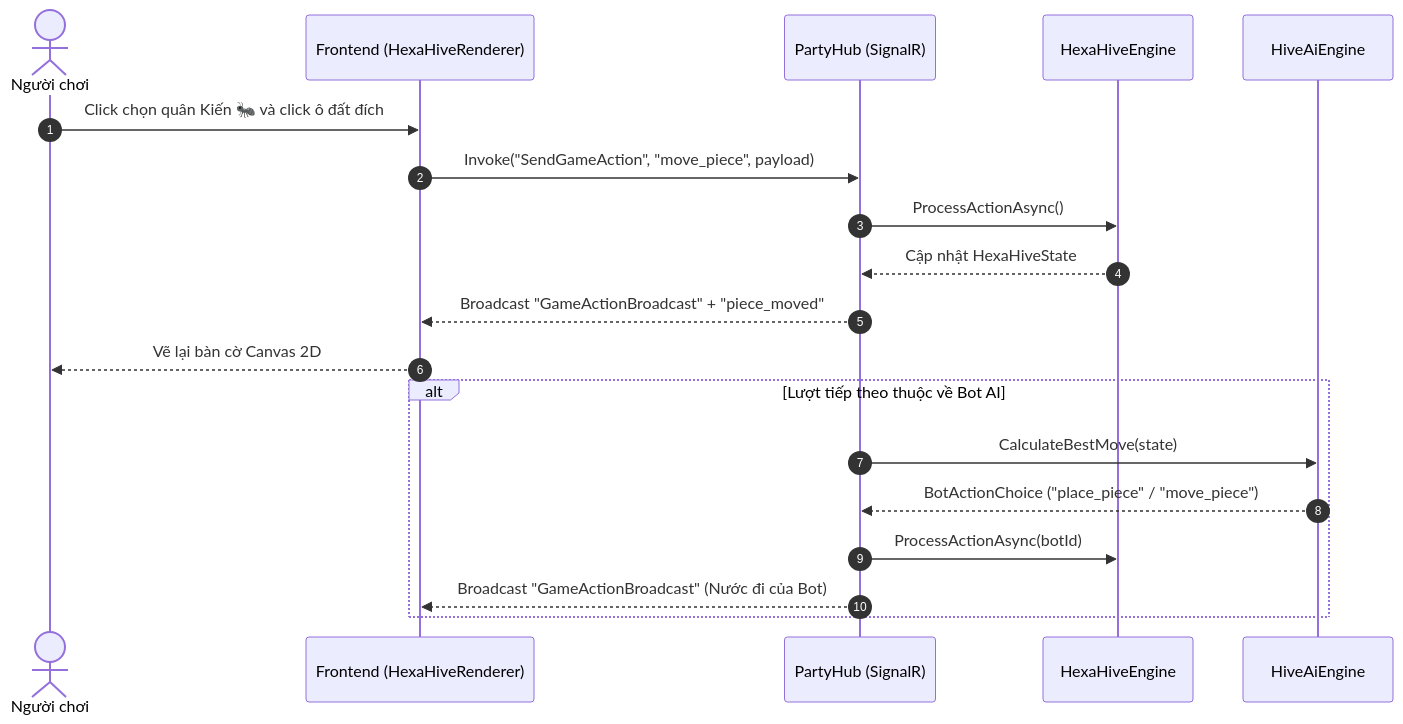
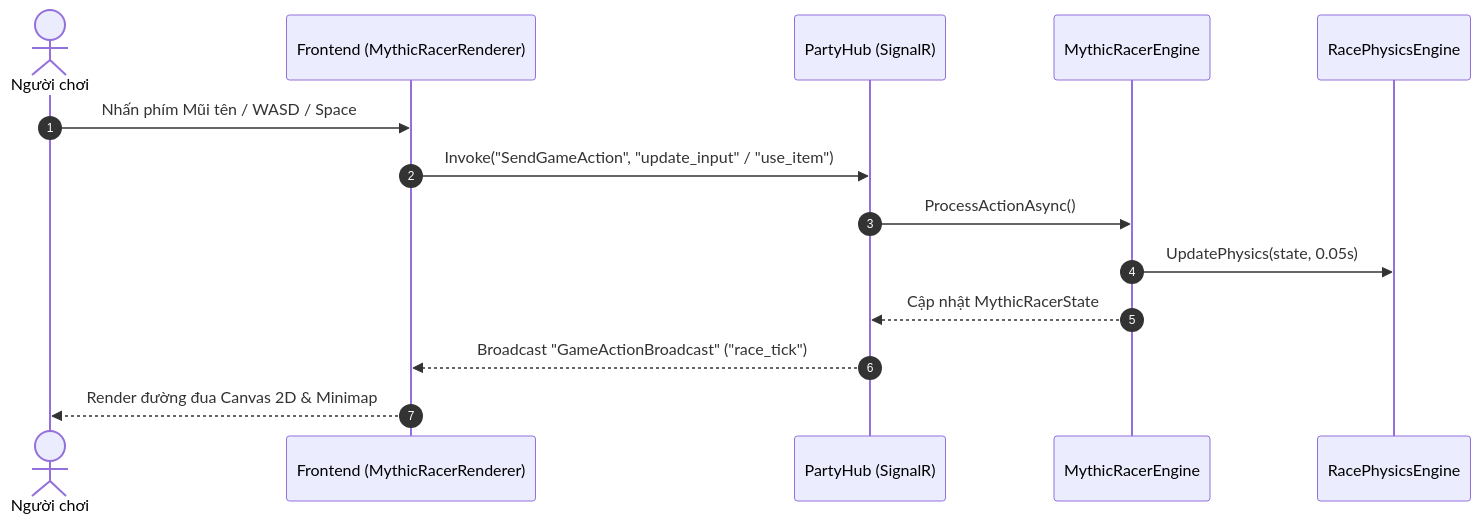
The diagram in DEVELOPER_GUIDE.md (MythNovem/Myth4Ever5), drawn with Mermaid before and after one commit. The commit also changed other lines of this file and 12 other files, not shown here.

Commit message:
MythicRacer: Thêm plan, Ver1.0 MythicRacer.

````diff
--- a/DEVELOPER_GUIDE.md
+++ b/DEVELOPER_GUIDE.md
@@ -74,23 +62,17 @@
 ```mermaid
 sequenceDiagram
     autonumber
     actor Player as Người chơi
-    participant Client as Frontend (HexaHiveRenderer)
+    participant Client as Frontend (MythicRacerRenderer)
     participant Hub as PartyHub (SignalR)
-    participant Engine as HexaHiveEngine
-    participant AI as HiveAiEngine
+    participant Engine as MythicRacerEngine
+    participant Physics as RacePhysicsEngine
 
-    Player->>Client: Click chọn quân Kiến 🐜 và click ô đất đích
-    Client->>Hub: Invoke("SendGameAction", "move_piece", payload)
+    Player->>Client: Nhấn phím Mũi tên / WASD / Space
+    Client->>Hub: Invoke("SendGameAction", "update_input" / "use_item")
     Hub->>Engine: ProcessActionAsync()
-    Engine-->>Hub: Cập nhật HexaHiveState
-    Hub-->>Client: Broadcast "GameActionBroadcast" + "piece_moved"
-    Client-->>Player: Vẽ lại bàn cờ Canvas 2D
-
-    alt Lượt tiếp theo thuộc về Bot AI
-        Hub->>AI: CalculateBestMove(state)
-        AI-->>Hub: BotActionChoice ("place_piece" / "move_piece")
-        Hub->>Engine: ProcessActionAsync(botId)
-        Hub-->>Client: Broadcast "GameActionBroadcast" (Nước đi của Bot)
-    end
+    Engine->>Physics: UpdatePhysics(state, 0.05s)
+    Engine-->>Hub: Cập nhật MythicRacerState
+    Hub-->>Client: Broadcast "GameActionBroadcast" ("race_tick")
+    Client-->>Player: Render đường đua Canvas 2D & Minimap
 ```
````
